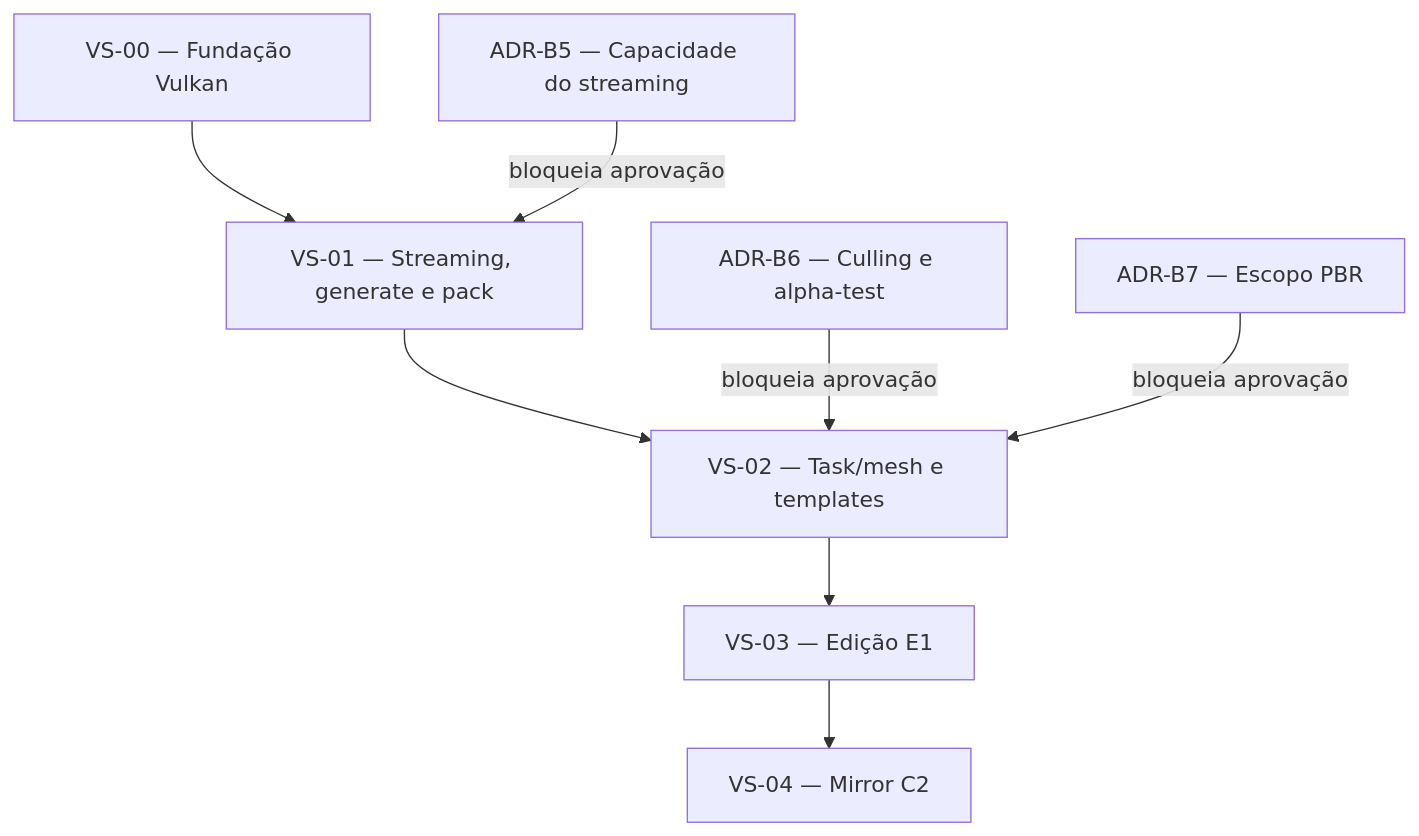
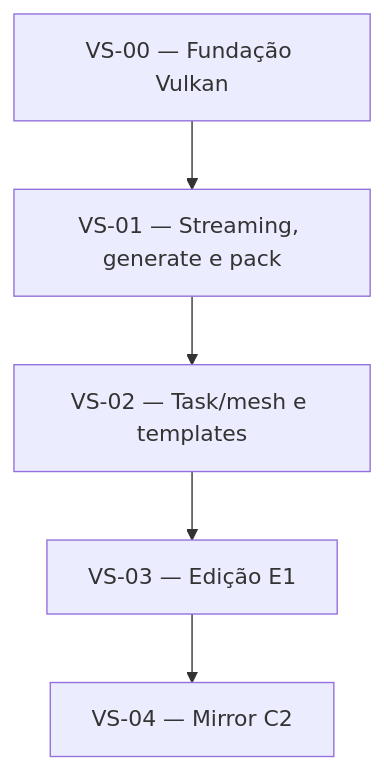
One commit to Ruannilton/vox changed the diagram in docs/obsidian/tracking/dependencias.md. Above: the diagram before and after it, drawn with Mermaid. The commit also changed other lines of this file and 8 other files, not shown here.

````diff
--- a/docs/obsidian/tracking/dependencias.md
+++ b/docs/obsidian/tracking/dependencias.md
@@ -7,19 +7,13 @@
 ```mermaid
 graph TD
     VS00[VS-00 — Fundação Vulkan]
-    B5[ADR-B5 — Capacidade do streaming]
     VS01[VS-01 — Streaming, generate e pack]
-    B6[ADR-B6 — Culling e alpha-test]
-    B7[ADR-B7 — Escopo PBR]
     VS02[VS-02 — Task/mesh e templates]
     VS03[VS-03 — Edição E1]
     VS04[VS-04 — Mirror C2]
 
     VS00 --> VS01
-    B5 -->|bloqueia aprovação| VS01
     VS01 --> VS02
-    B6 -->|bloqueia aprovação| VS02
-    B7 -->|bloqueia aprovação| VS02
     VS02 --> VS03
     VS03 --> VS04
 ```
````
